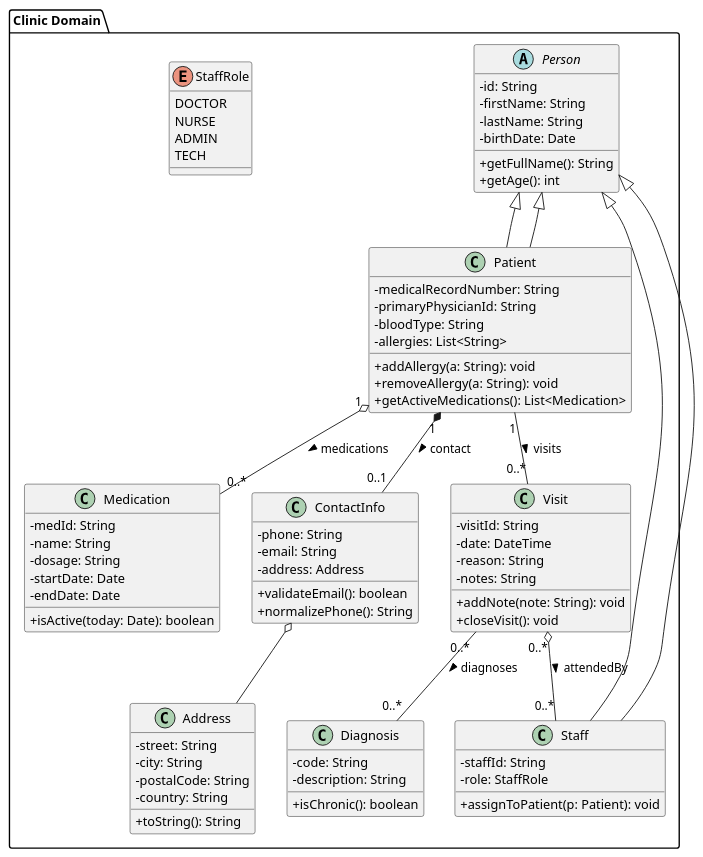
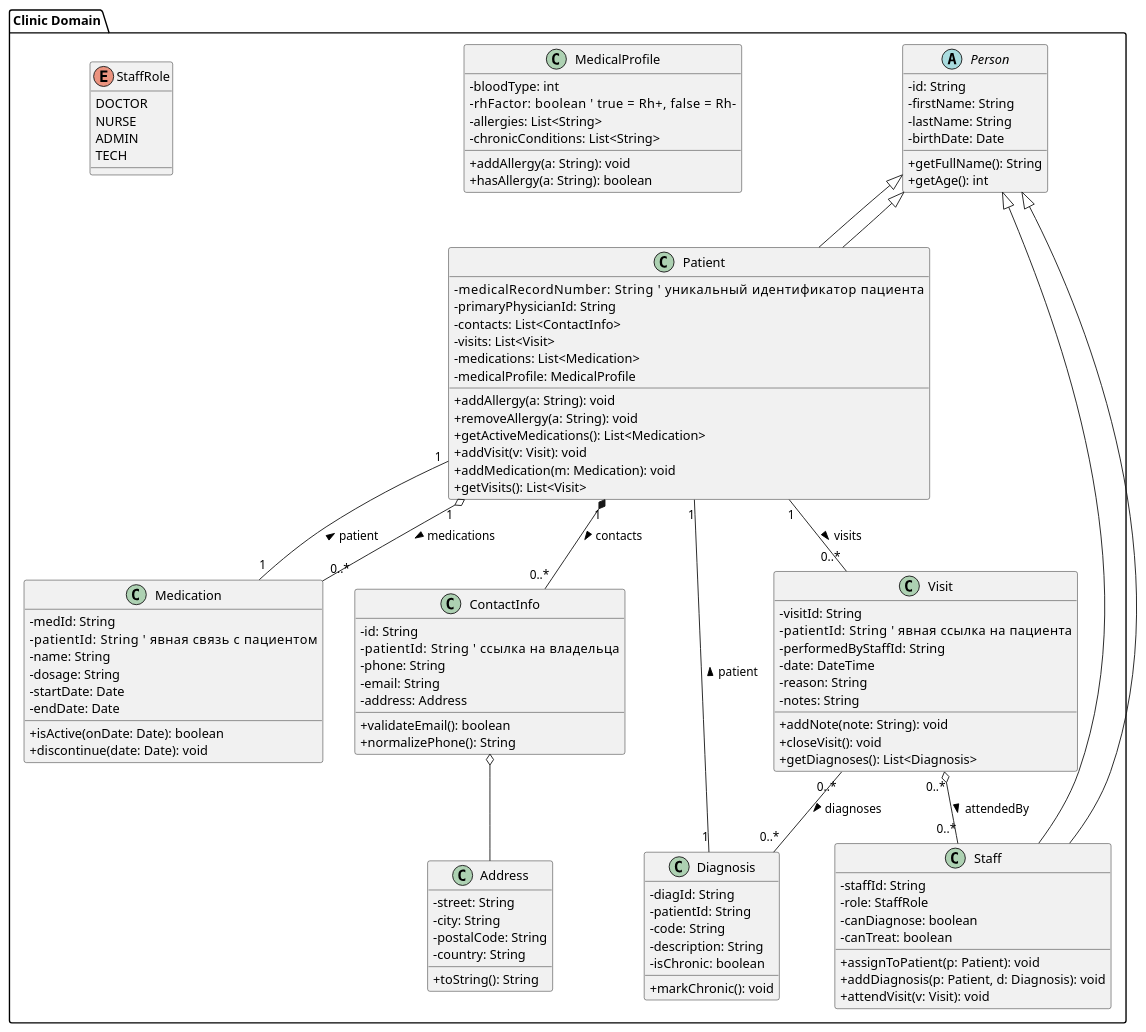
The diagram in task-2/3/patient.puml (SilverXerogi/java), drawn with PlantUML before and after one commit. The commit also changed 1 other file, not shown here.

Commit message:
Task-2/3: Update Patient

```diff
--- a/task-2/3/patient.puml
+++ b/task-2/3/patient.puml
@@ -1,89 +1,118 @@
-@startuml PatientDomain
-' Диаграмма классов — Пациент (Clinic domain)
-' Требования: >=4 классов, иерархии, свойства и методы, связи
+@startuml PatientDomainFixed
 
 skinparam classAttributeIconSize 0
+
 package "Clinic Domain" {
   abstract class Person {
     - id: String
     - firstName: String
     - lastName: String
     - birthDate: Date
     + getFullName(): String
     + getAge(): int
   }
 
   class Patient extends Person {
-    - medicalRecordNumber: String
+    - medicalRecordNumber: String           ' уникальный идентификатор пациента
     - primaryPhysicianId: String
-    - bloodType: String
-    - allergies: List<String>
+    - contacts: List<ContactInfo>
+    - visits: List<Visit>
+    - medications: List<Medication>
+    - medicalProfile: MedicalProfile
     + addAllergy(a: String): void
     + removeAllergy(a: String): void
     + getActiveMedications(): List<Medication>
+    + addVisit(v: Visit): void
+    + addMedication(m: Medication): void
+    + getVisits(): List<Visit>
   }
 
-  class Staff extends Person {
-    - staffId: String
-    - role: StaffRole
-    + assignToPatient(p: Patient): void
-  }
-
-  enum StaffRole {
-    DOCTOR
-    NURSE
-    ADMIN
-    TECH
+  class MedicalProfile {
+    - bloodType: int         
+    - rhFactor: boolean      ' true = Rh+, false = Rh-
+    - allergies: List<String>
+    - chronicConditions: List<String>
+    + addAllergy(a: String): void
+    + hasAllergy(a: String): boolean
   }
 
   class ContactInfo {
+    - id: String
+    - patientId: String      ' ссылка на владельца
     - phone: String
     - email: String
     - address: Address
     + validateEmail(): boolean
     + normalizePhone(): String
   }
 
   class Address {
     - street: String
     - city: String
     - postalCode: String
     - country: String
     + toString(): String
   }
 
   class Visit {
     - visitId: String
+    - patientId: String      ' явная ссылка на пациента
+    - performedByStaffId: String
     - date: DateTime
     - reason: String
     - notes: String
     + addNote(note: String): void
     + closeVisit(): void
+    + getDiagnoses(): List<Diagnosis>
   }
 
   class Medication {
     - medId: String
+    - patientId: String       ' явная связь с пациентом
     - name: String
     - dosage: String
     - startDate: Date
     - endDate: Date
-    + isActive(today: Date): boolean
+    + isActive(onDate: Date): boolean
+    + discontinue(date: Date): void
   }
 
   class Diagnosis {
+    - diagId: String
+    - patientId: String
     - code: String
     - description: String
-    + isChronic(): boolean
+    - isChronic: boolean
+    + markChronic(): void
   }
 
-  ' связи
-  Patient "1" *-- "0..1" ContactInfo : contact >
+  class Staff extends Person {
+    - staffId: String
+    - role: StaffRole
+    - canDiagnose: boolean
+    - canTreat: boolean
+    + assignToPatient(p: Patient): void
+    + addDiagnosis(p: Patient, d: Diagnosis): void
+    + attendVisit(v: Visit): void
+  }
+
+  enum StaffRole {
+    DOCTOR
+    NURSE
+    ADMIN
+    TECH
+  }
+
+
+  Patient "1" *-- "0..*" ContactInfo : contacts >
   ContactInfo o-- Address
   Patient "1" -- "0..*" Visit : visits >
   Visit "0..*" o-- "0..*" Staff : attendedBy >
   Visit "0..*" -- "0..*" Diagnosis : diagnoses >
   Patient "1" o-- "0..*" Medication : medications >
+  Diagnosis "1" -- "1" Patient : patient >
+  Medication "1" -- "1" Patient : patient >
   Person <|-- Patient
   Person <|-- Staff
 }
 @enduml
```
